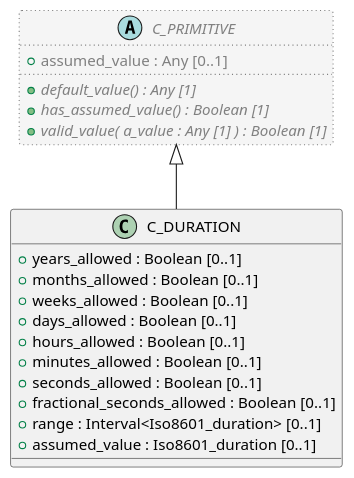
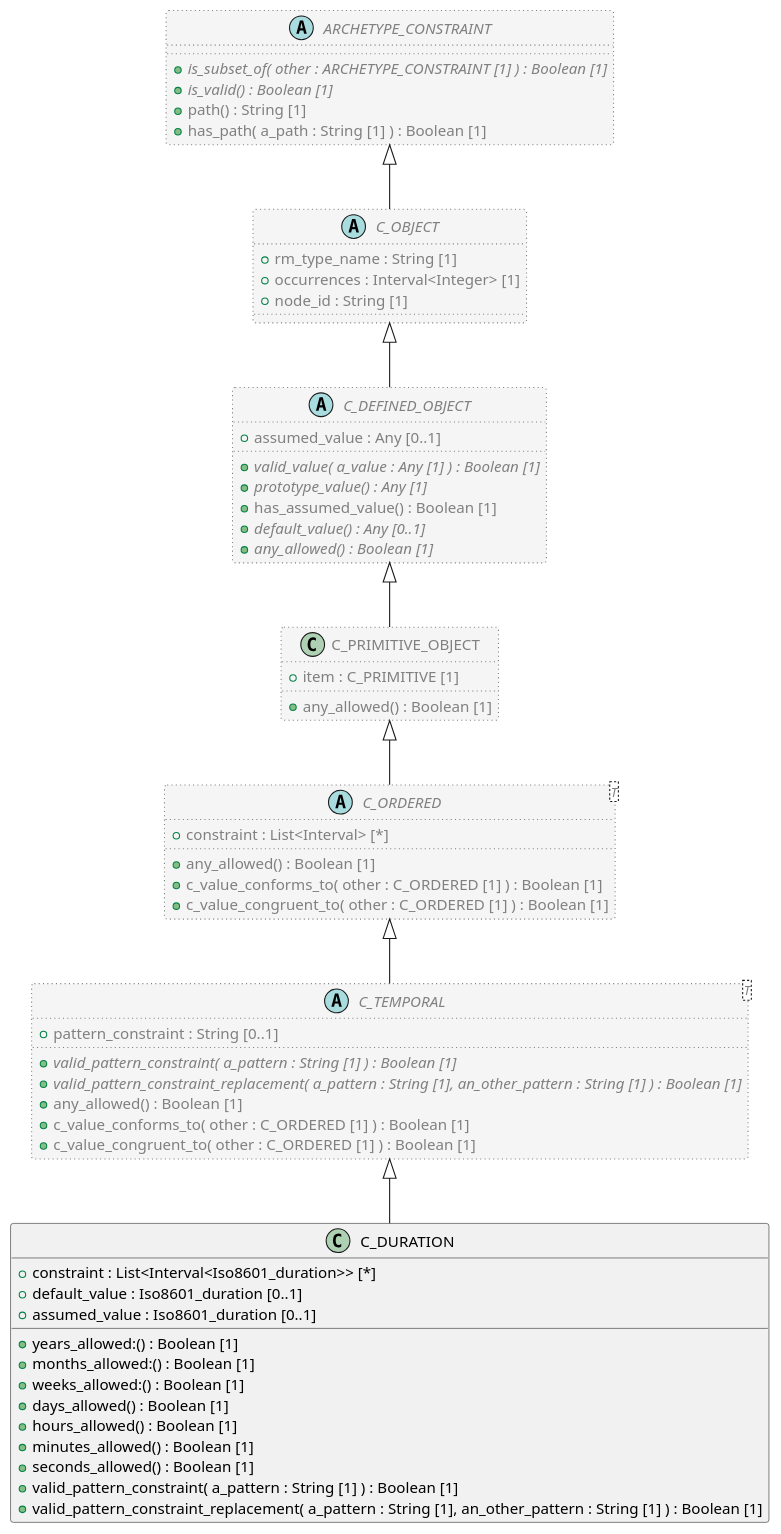
One commit to sebastian-iancu/code-generator changed the diagram in code/Adoc/openehr_am_2.4.0/plantUML/classes/org.openehr.am.aom2.c_duration.adoc. Above: the diagram before and after it, drawn with PlantUML. The commit also changed 1228 other files, not shown here.

```diff
--- a/code/Adoc/openehr_am_2.4.0/plantUML/classes/org.openehr.am.aom2.c_duration.adoc
+++ b/code/Adoc/openehr_am_2.4.0/plantUML/classes/org.openehr.am.aom2.c_duration.adoc
@@ -1,29 +1,77 @@
 [plantuml,C_DURATION,format=svg,svg-type="inline"]
 -----
 @startuml
 
 class C_DURATION {
-  + years_allowed : Boolean [0..1]
-  + months_allowed : Boolean [0..1]
-  + weeks_allowed : Boolean [0..1]
-  + days_allowed : Boolean [0..1]
-  + hours_allowed : Boolean [0..1]
-  + minutes_allowed : Boolean [0..1]
-  + seconds_allowed : Boolean [0..1]
-  + fractional_seconds_allowed : Boolean [0..1]
-  + range : Interval<Iso8601_duration> [0..1]
+  + constraint : List<Interval<Iso8601_duration>> [*]
+  + default_value : Iso8601_duration [0..1]
   + assumed_value : Iso8601_duration [0..1]
+  + years_allowed:() : Boolean [1]
+  + months_allowed:() : Boolean [1]
+  + weeks_allowed:() : Boolean [1]
+  + days_allowed() : Boolean [1]
+  + hours_allowed() : Boolean [1]
+  + minutes_allowed() : Boolean [1]
+  + seconds_allowed() : Boolean [1]
+  + valid_pattern_constraint( a_pattern : String [1] ) : Boolean [1]
+  + valid_pattern_constraint_replacement( a_pattern : String [1], an_other_pattern : String [1] ) : Boolean [1]
 }
 
-abstract class C_PRIMITIVE  #whitesmoke;line:gray;line.dotted;text:gray {
-  + assumed_value : Any [0..1]
-  + {abstract} default_value() : Any [1]
-  + {abstract} has_assumed_value() : Boolean [1]
-  + {abstract} valid_value( a_value : Any [1] ) : Boolean [1]
+abstract class C_TEMPORAL <T>  #whitesmoke;line:gray;line.dotted;text:gray {
+  + pattern_constraint : String [0..1]
+  + {abstract} valid_pattern_constraint( a_pattern : String [1] ) : Boolean [1]
+  + {abstract} valid_pattern_constraint_replacement( a_pattern : String [1], an_other_pattern : String [1] ) : Boolean [1]
+  + any_allowed() : Boolean [1]
+  + c_value_conforms_to( other : C_ORDERED [1] ) : Boolean [1]
+  + c_value_congruent_to( other : C_ORDERED [1] ) : Boolean [1]
 }
 
-C_PRIMITIVE <|-- C_DURATION
+abstract class C_ORDERED <T>  #whitesmoke;line:gray;line.dotted;text:gray {
+  + constraint : List<Interval> [*]
+  + any_allowed() : Boolean [1]
+  + c_value_conforms_to( other : C_ORDERED [1] ) : Boolean [1]
+  + c_value_congruent_to( other : C_ORDERED [1] ) : Boolean [1]
+}
+
+class C_PRIMITIVE_OBJECT  #whitesmoke;line:gray;line.dotted;text:gray {
+  + item : C_PRIMITIVE [1]
+  + any_allowed() : Boolean [1]
+}
+
+abstract class C_DEFINED_OBJECT  #whitesmoke;line:gray;line.dotted;text:gray {
+  + assumed_value : Any [0..1]
+  + {abstract} valid_value( a_value : Any [1] ) : Boolean [1]
+  + {abstract} prototype_value() : Any [1]
+  + has_assumed_value() : Boolean [1]
+  + {abstract} default_value() : Any [0..1]
+  + {abstract} any_allowed() : Boolean [1]
+}
+
+abstract class C_OBJECT  #whitesmoke;line:gray;line.dotted;text:gray {
+  + rm_type_name : String [1]
+  + occurrences : Interval<Integer> [1]
+  + node_id : String [1]
+}
+
+abstract class ARCHETYPE_CONSTRAINT  #whitesmoke;line:gray;line.dotted;text:gray {
+  + {abstract} is_subset_of( other : ARCHETYPE_CONSTRAINT [1] ) : Boolean [1]
+  + {abstract} is_valid() : Boolean [1]
+  + path() : String [1]
+  + has_path( a_path : String [1] ) : Boolean [1]
+}
+
+ARCHETYPE_CONSTRAINT <|-- C_OBJECT
+
+C_OBJECT <|-- C_DEFINED_OBJECT
+
+C_DEFINED_OBJECT <|-- C_PRIMITIVE_OBJECT
+
+C_PRIMITIVE_OBJECT <|-- C_ORDERED
+
+C_ORDERED <|-- C_TEMPORAL
+
+C_TEMPORAL <|-- C_DURATION
 
 
 @enduml
 -----
```
